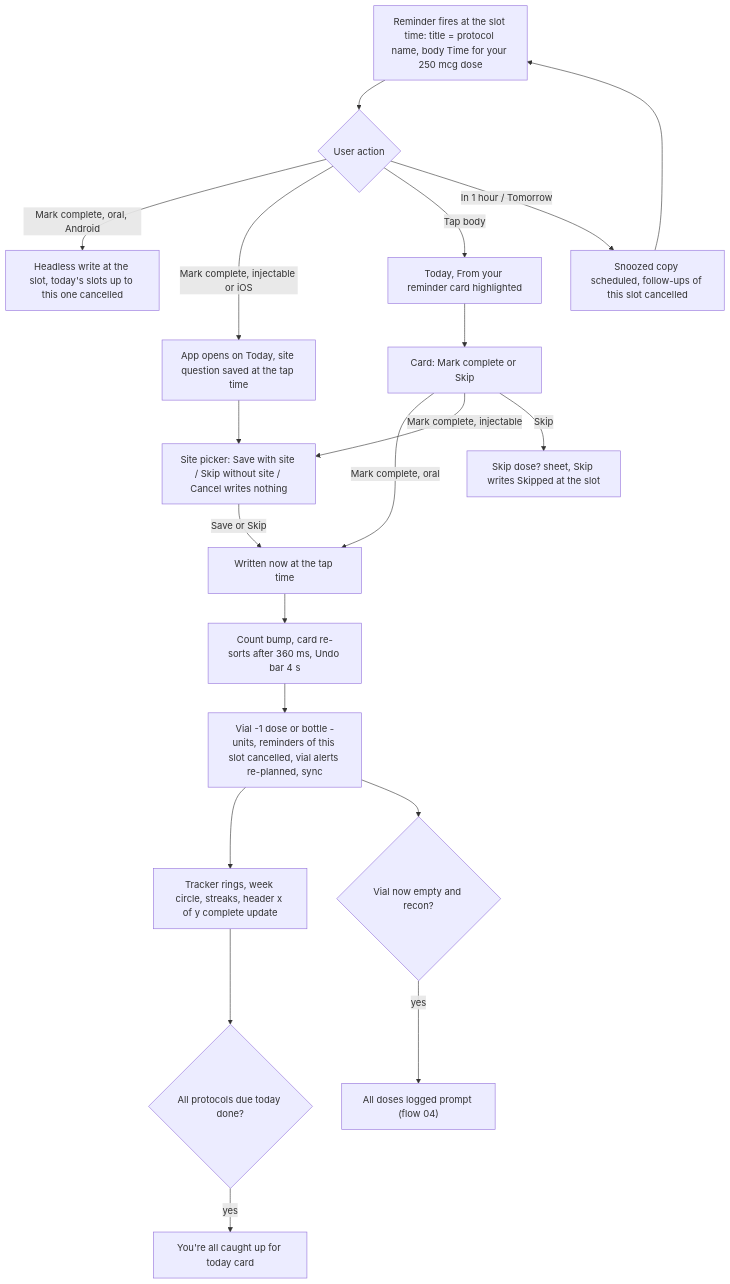
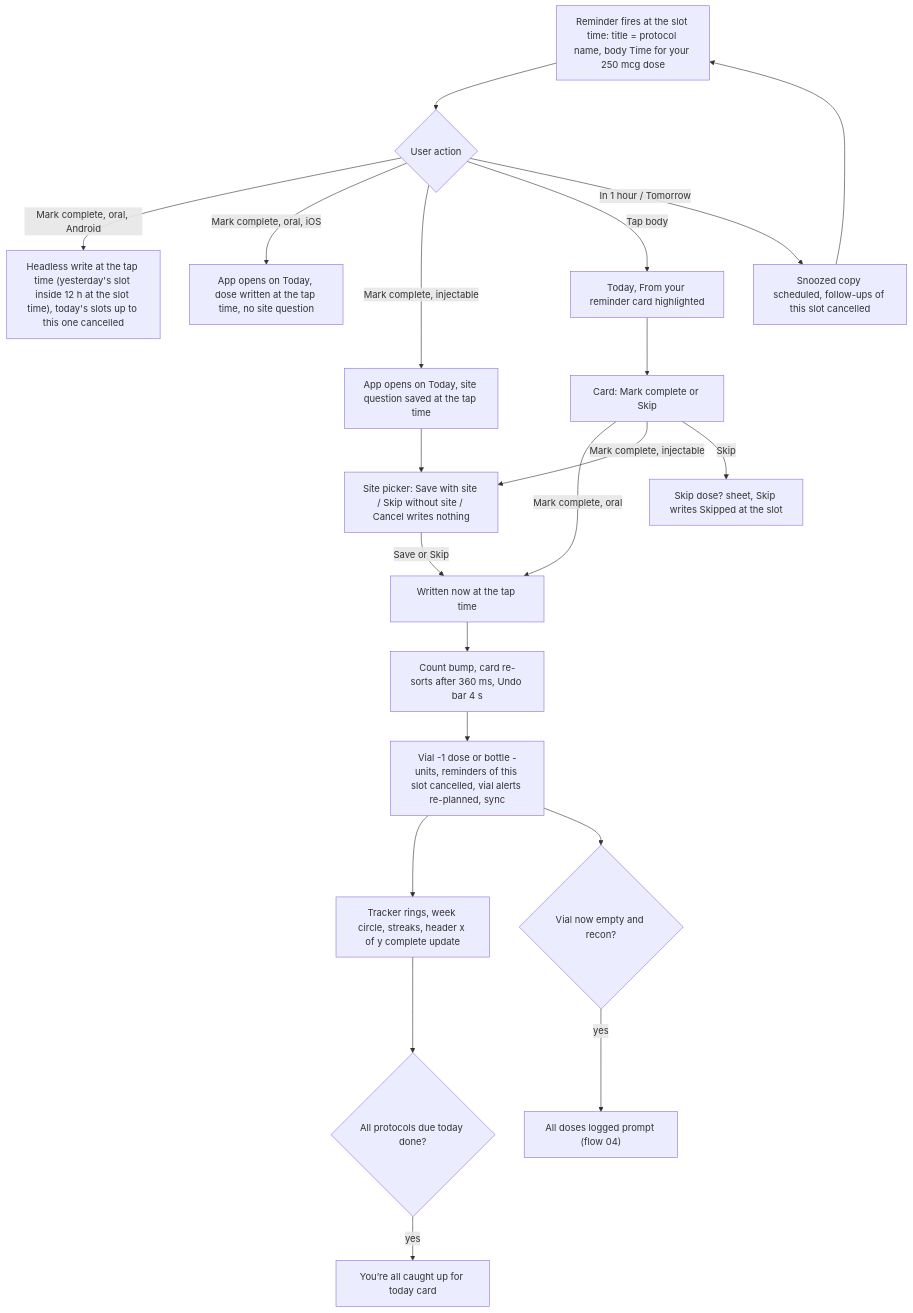
Before and after one commit to evandroviskis/dosetrace: the first of 6 diagrams in docs/product/flows/03-dose-day.md, drawn with Mermaid. The commit also changed other lines of this file and 28 other files, not shown here.

Commit message:
docs/product: verification round 1 corrections applied to PRD, TRD, dossiers, flows, registers and the Portuguese questions (21 OPEN, 54 AD, 65 DL, 218 DV); all 105 diagrams parse

````diff
--- a/docs/product/flows/03-dose-day.md
+++ b/docs/product/flows/03-dose-day.md
@@ -51,22 +51,23 @@
 ```mermaid
 flowchart TD
   A["Reminder fires at the slot time: title = protocol name, body Time for your 250 mcg dose"] --> B{"User action"}
-  B -->|Mark complete, oral, Android| C["Headless write at the slot, today's slots up to this one cancelled"]
-  B -->|Mark complete, injectable or iOS| D["App opens on Today, site question saved at the tap time"]
+  B -->|Mark complete, oral, Android| C["Headless write at the tap time (yesterday's slot inside 12 h at the slot time), today's slots up to this one cancelled"]
+  B -->|Mark complete, oral, iOS| R["App opens on Today, dose written at the tap time, no site question"]
+  B -->|Mark complete, injectable| D["App opens on Today, site question saved at the tap time"]
   B -->|Tap body| E["Today, From your reminder card highlighted"]
   B -->|In 1 hour / Tomorrow| F["Snoozed copy scheduled, follow-ups of this slot cancelled"]
   D --> G["Site picker: Save with site / Skip without site / Cancel writes nothing"]
   E --> H["Card: Mark complete or Skip"]
   H -->|Mark complete, oral| I["Written now at the tap time"]
   H -->|Mark complete, injectable| G
   H -->|Skip| J["Skip dose? sheet, Skip writes Skipped at the slot"]
   G -->|Save or Skip| I
   I --> K["Count bump, card re-sorts after 360 ms, Undo bar 4 s"]
   K --> L["Vial -1 dose or bottle -units, reminders of this slot cancelled, vial alerts re-planned, sync"]
   L --> M["Tracker rings, week circle, streaks, header x of y complete update"]
   L --> N{"Vial now empty and recon?"}
   N -->|yes| O["All doses logged prompt (flow 04)"]
   M --> P{"All protocols due today done?"}
-  P -->|yes| Q["You're all caught up for today card"]
+  P -->|yes| Q["You’re all caught up for today card"]
   F --> A
 ```
````
